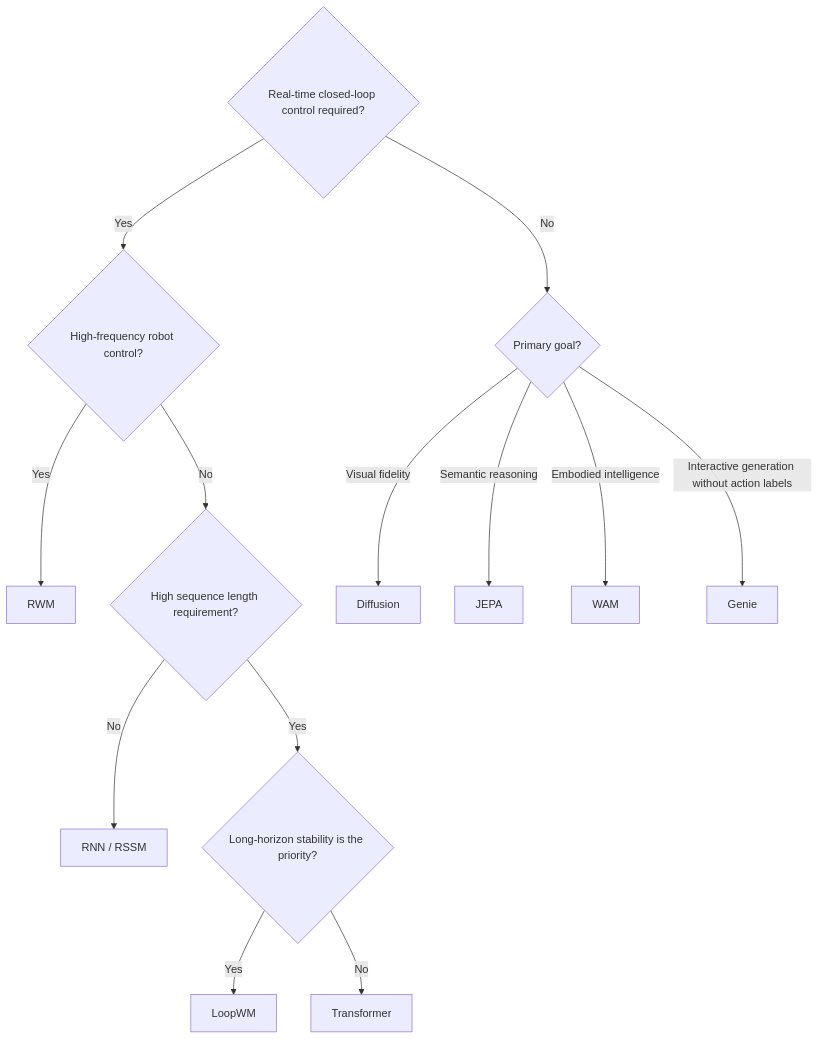
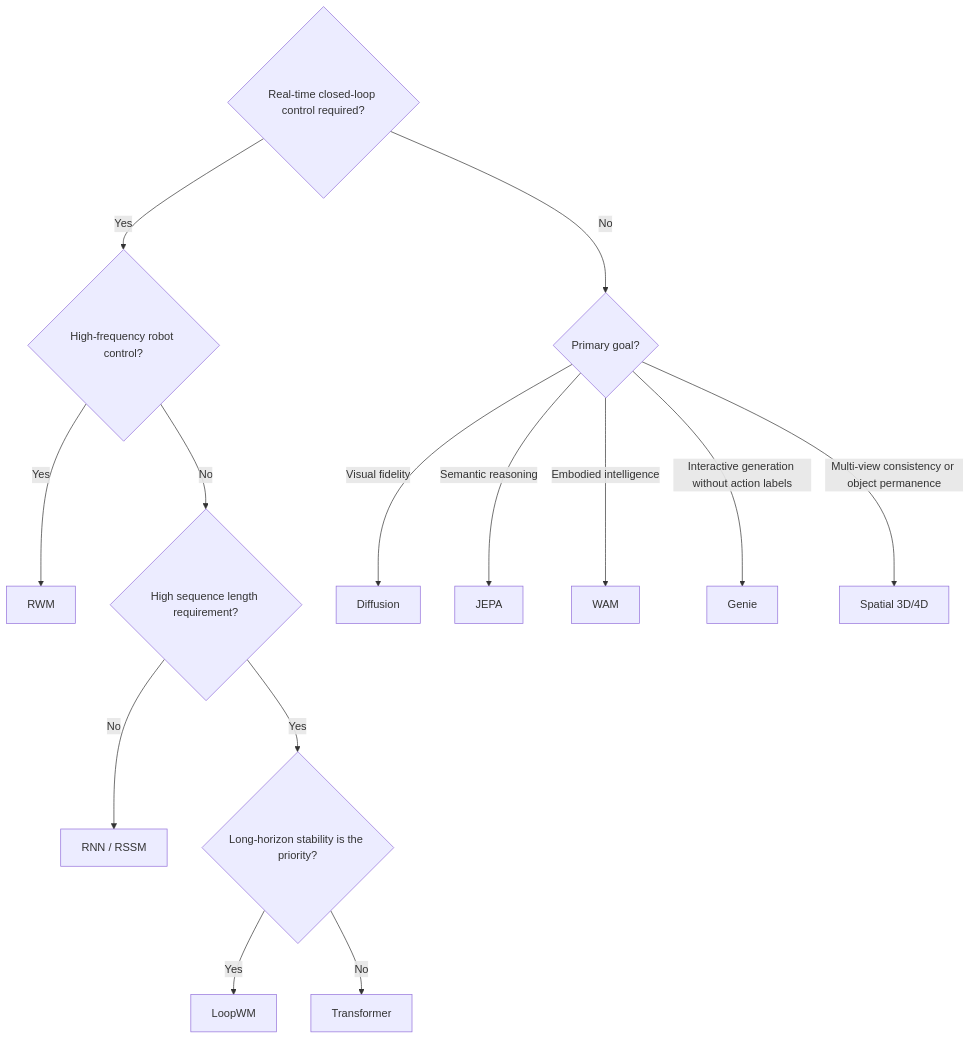
Before and after one commit to datawhalechina/learn-world-model: the diagram in docs/en/lectures/lecture-03-architecture-patterns/04-architectures-loopwm-wam.md, drawn with Mermaid. The commit also changed other lines of this file and 17 other files, not shown here.

````diff
--- a/docs/en/lectures/lecture-03-architecture-patterns/04-architectures-loopwm-wam.md
+++ b/docs/en/lectures/lecture-03-architecture-patterns/04-architectures-loopwm-wam.md
@@ -69,16 +70,17 @@
 ```mermaid
 flowchart TD
     Q1{Real-time closed-loop control required?}
     Q1 -->|Yes| Q2{High-frequency robot control?}
     Q1 -->|No| Q3{Primary goal?}
     Q2 -->|Yes| R1[RWM]
     Q2 -->|No| Q4{High sequence length requirement?}
     Q4 -->|No| R2[RNN / RSSM]
     Q4 -->|Yes| Q5{Long-horizon stability is the priority?}
     Q5 -->|Yes| R3[LoopWM]
     Q5 -->|No| R4[Transformer]
     Q3 -->|Visual fidelity| R5[Diffusion]
     Q3 -->|Semantic reasoning| R6[JEPA]
     Q3 -->|Embodied intelligence| R7[WAM]
     Q3 -->|Interactive generation without action labels| R8[Genie]
+    Q3 -->|Multi-view consistency or object permanence| R9[Spatial 3D/4D]
 ```
````
